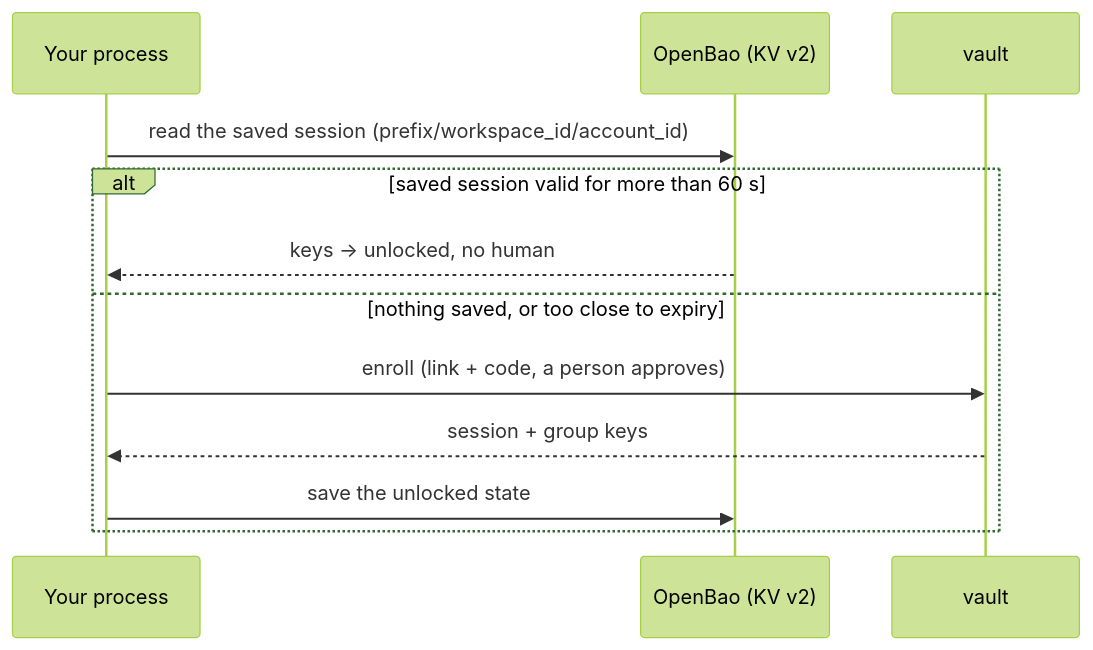
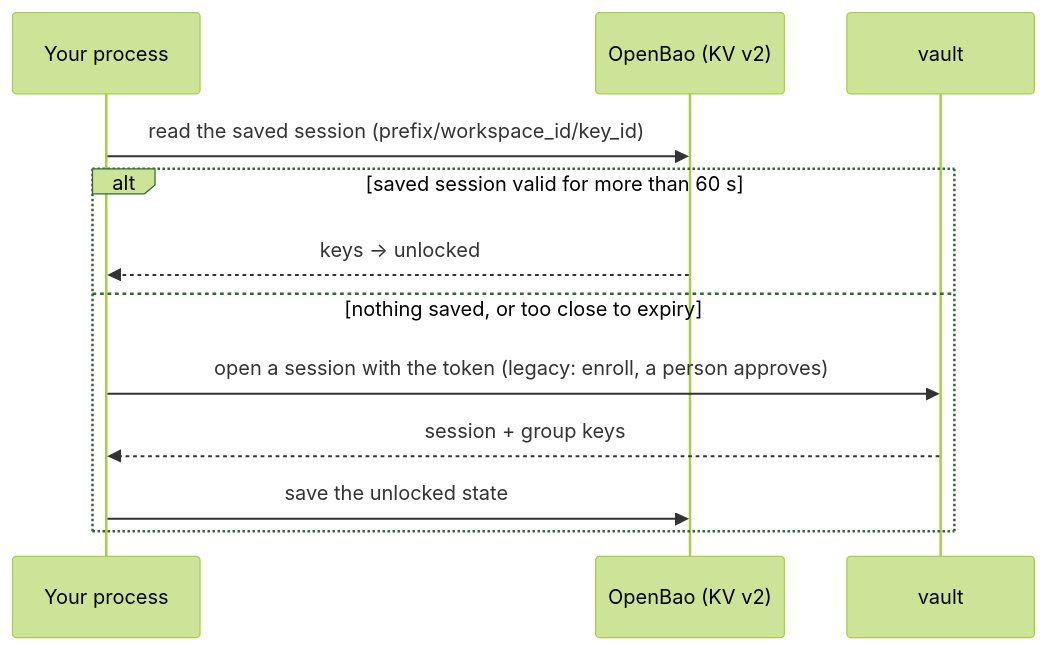
The second of 2 diagrams in docs/guides/sessions.md (diagnos-tech/integration), drawn with Mermaid (forest theme) before and after one commit. The commit also changed other lines of this file and 47 other files, not shown here.

````diff
--- a/docs/guides/sessions.md
+++ b/docs/guides/sessions.md
@@ -89,14 +94,14 @@
 ```mermaid
 sequenceDiagram
     participant P as Your process
     participant B as OpenBao (KV v2)
     participant V as vault
-    P->>B: read the saved session (prefix/workspace_id/account_id)
+    P->>B: read the saved session (prefix/workspace_id/key_id)
     alt saved session valid for more than 60 s
-        B-->>P: keys → unlocked, no human
+        B-->>P: keys → unlocked
     else nothing saved, or too close to expiry
-        P->>V: enroll (link + code, a person approves)
+        P->>V: open a session with the token (legacy: enroll, a person approves)
         V-->>P: session + group keys
         P->>B: save the unlocked state
     end
 ```
````
